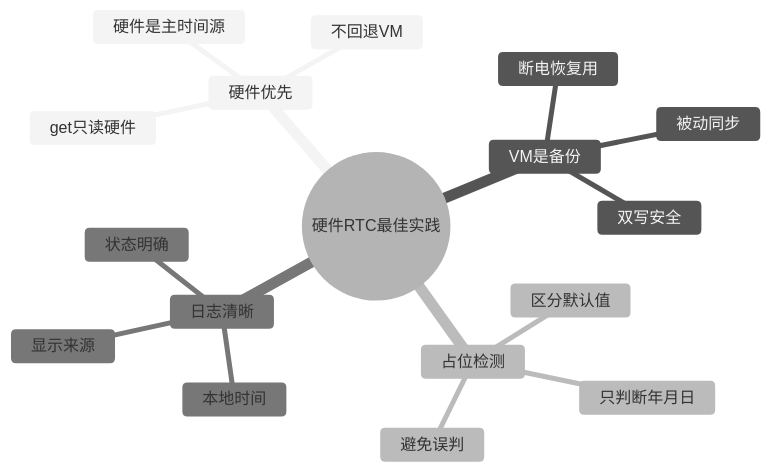
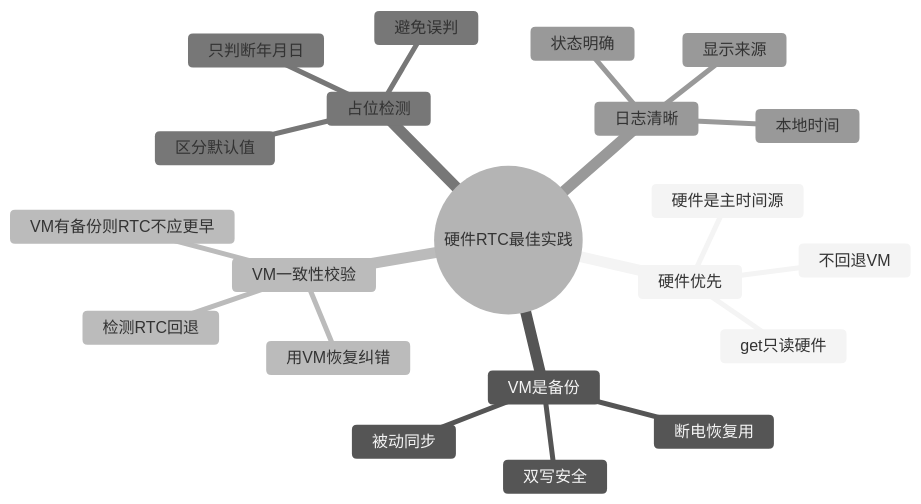
Diagram 18 of 26 in 杰理相关/潮汐SDK/1.时钟与RTC/6.RTC的应用最佳实践.md (HK-bruc1/Work-Report), drawn with Mermaid (neutral theme) before and after one commit. The commit also changed other lines of this file and 3 other files, not shown here.

````diff
--- a/杰理相关/潮汐SDK/1.时钟与RTC/6.RTC的应用最佳实践.md
+++ b/杰理相关/潮汐SDK/1.时钟与RTC/6.RTC的应用最佳实践.md
@@ -666,20 +909,24 @@
 ```mermaid
 mindmap
   root((硬件RTC最佳实践))
     硬件优先
       get只读硬件
       不回退VM
       硬件是主时间源
     VM是备份
       断电恢复用
       被动同步
       双写安全
+    VM一致性校验
+      VM有备份则RTC不应更早
+      检测RTC回退
+      用VM恢复纠错
     占位检测
       区分默认值
       只判断年月日
       避免误判
     日志清晰
       显示来源
       本地时间
       状态明确
 ```
````
